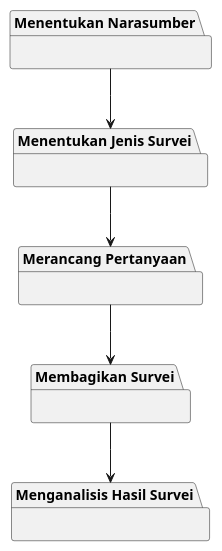
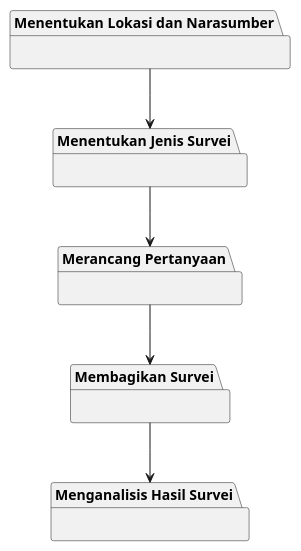
One commit to ZIDANIDROS/BelajarBackend changed the diagram in UML/rpl.plantuml. Above: the diagram before and after it, drawn with PlantUML.

```diff
--- a/UML/rpl.plantuml
+++ b/UML/rpl.plantuml
@@ -1,28 +1,28 @@
 @startuml
 
-package "Menentukan Narasumber" as Populasi {
+package "Menentukan Lokasi dan Narasumber" as Populasi {
 
 }
 
 package "Menentukan Jenis Survei" as JenisSurvei {
  
 }
 
 package "Merancang Pertanyaan" as Merancang {
     
 }
 
 package "Membagikan Survei" as Membagikan {
     
 }
 
 package "Menganalisis Hasil Survei" as Menganalisis {
     
 }
 
 Populasi -down-> JenisSurvei
 JenisSurvei -down-> Merancang
 Merancang -down-> Membagikan
 Membagikan -down-> Menganalisis
 
 @enduml
```
